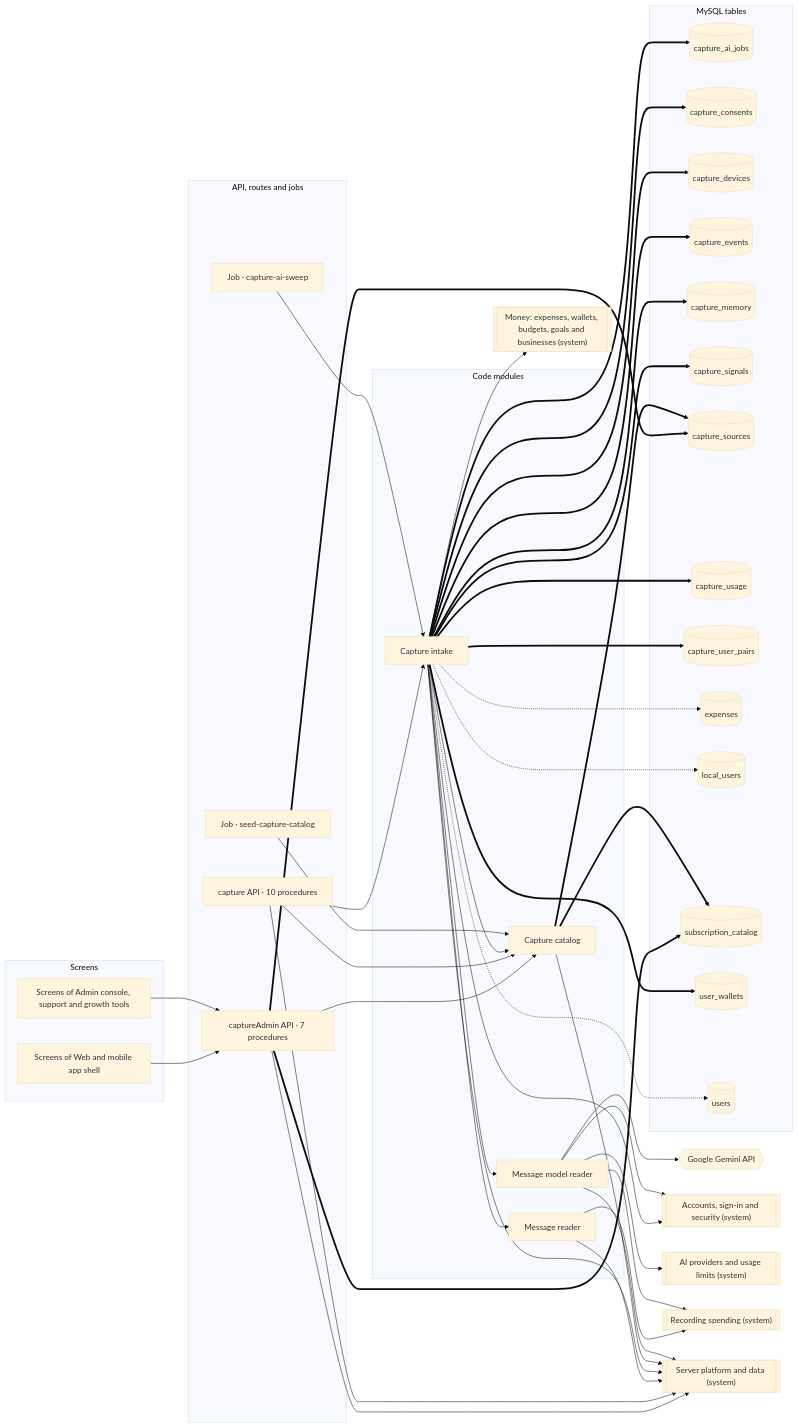
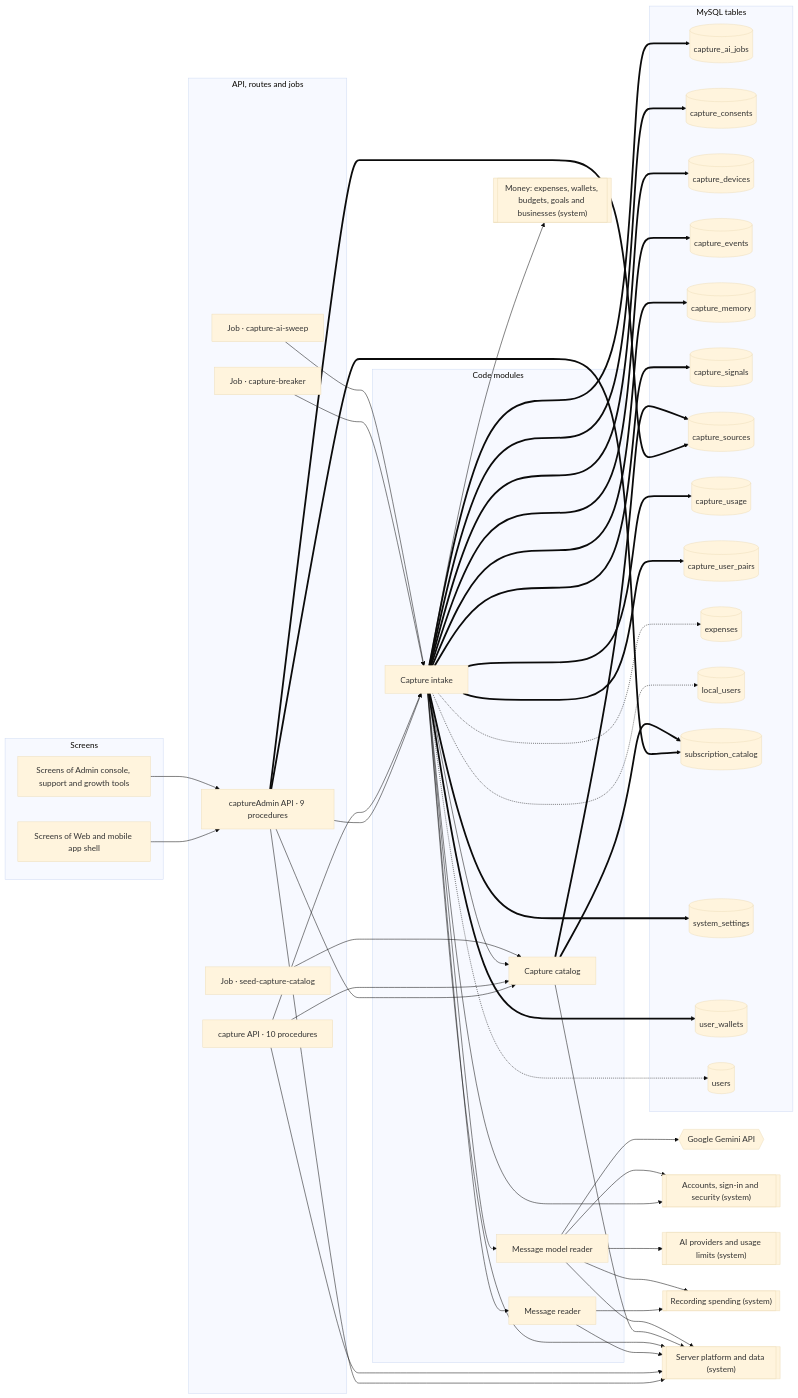
One commit to mahmoudtaherr111/smartspend_mini_all changed the diagram in docs/atlas/systems/bank-messages.md. Above: the diagram before and after it, drawn with Mermaid (base theme). The commit also changed other lines of this file and 38 other files, not shown here.

First line of the commit message:
feat(capture): the breaker, the admin's bulk undo and the numbers per bank

```diff
--- a/docs/atlas/systems/bank-messages.md
+++ b/docs/atlas/systems/bank-messages.md
@@ -18,8 +18,9 @@
   end
   subgraph g_api["API, routes and jobs"]
     job_capture_ai_sweep["Job · capture-ai-sweep"]
+    job_capture_breaker["Job · capture-breaker"]
     job_seed_capture_catalog["Job · seed-capture-catalog"]
-    router_captureAdmin["captureAdmin API · 7 procedures"]
+    router_captureAdmin["captureAdmin API · 9 procedures"]
     router_capture["capture API · 10 procedures"]
   end
   subgraph g_modules["Code modules"]
@@ -41,6 +42,7 @@
     tbl_expenses[("expenses")]
     tbl_local_users[("local_users")]
     tbl_subscription_catalog[("subscription_catalog")]
+    tbl_system_settings[("system_settings")]
     tbl_user_wallets[("user_wallets")]
     tbl_users[("users")]
   end
@@ -51,6 +53,7 @@
   sys_money[["Money: expenses, wallets, budgets, goals and businesses (system)"]]
   sys_platform[["Server platform and data (system)"]]
   job_capture_ai_sweep --> mod_capture_intake
+  job_capture_breaker --> mod_capture_intake
   job_seed_capture_catalog --> mod_capture_catalog
   mod_capture_ai_reader --> ext_gemini
   mod_capture_ai_reader --> sys_accounts
@@ -77,6 +80,7 @@
   mod_capture_intake ==> tbl_capture_signals
   mod_capture_intake ==> tbl_capture_usage
   mod_capture_intake ==> tbl_capture_user_pairs
+  mod_capture_intake ==> tbl_system_settings
   mod_capture_intake ==> tbl_user_wallets
   mod_capture_reader --> sys_expense_capture
   mod_capture_reader --> sys_platform
@@ -84,6 +88,7 @@
   router_capture --> mod_capture_intake
   router_capture --> sys_platform
   router_captureAdmin --> mod_capture_catalog
+  router_captureAdmin --> mod_capture_intake
   router_captureAdmin --> sys_platform
   router_captureAdmin ==> tbl_capture_sources
   router_captureAdmin ==> tbl_subscription_catalog
```
